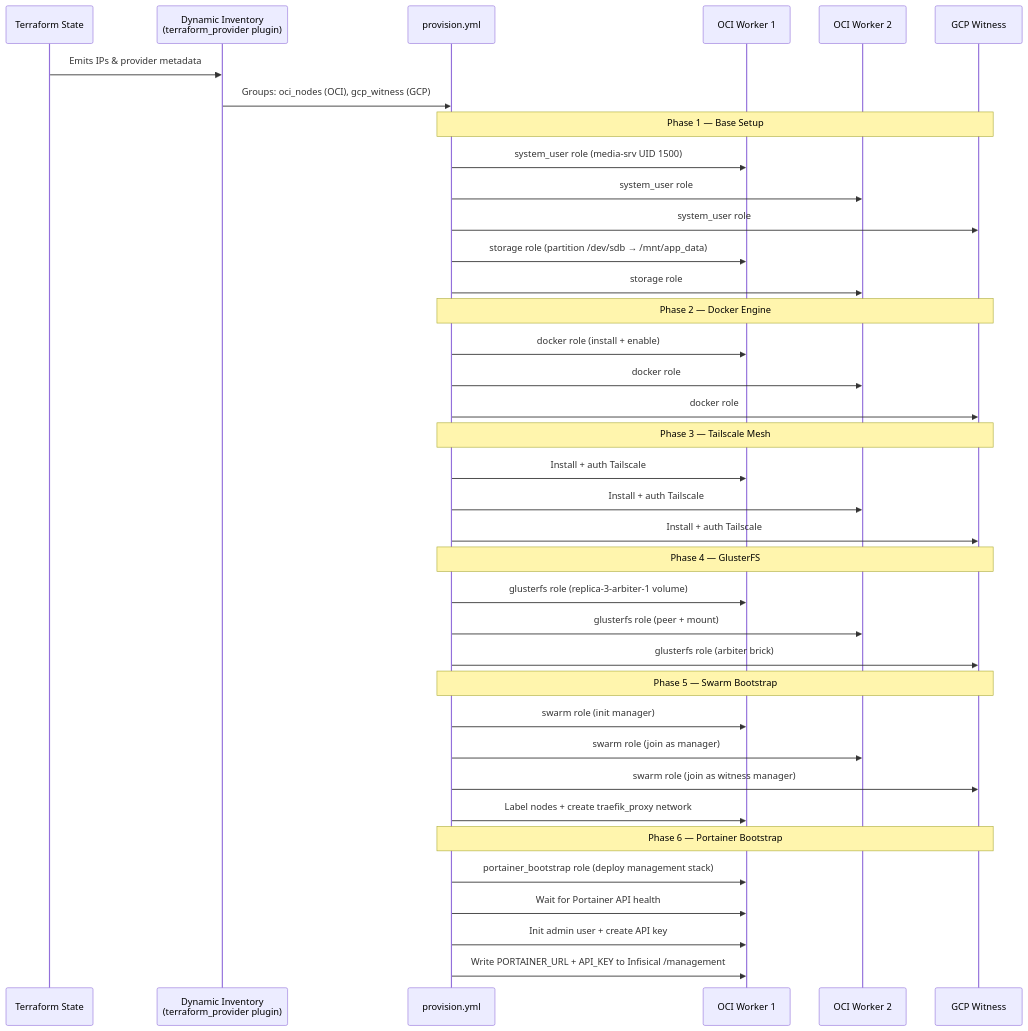
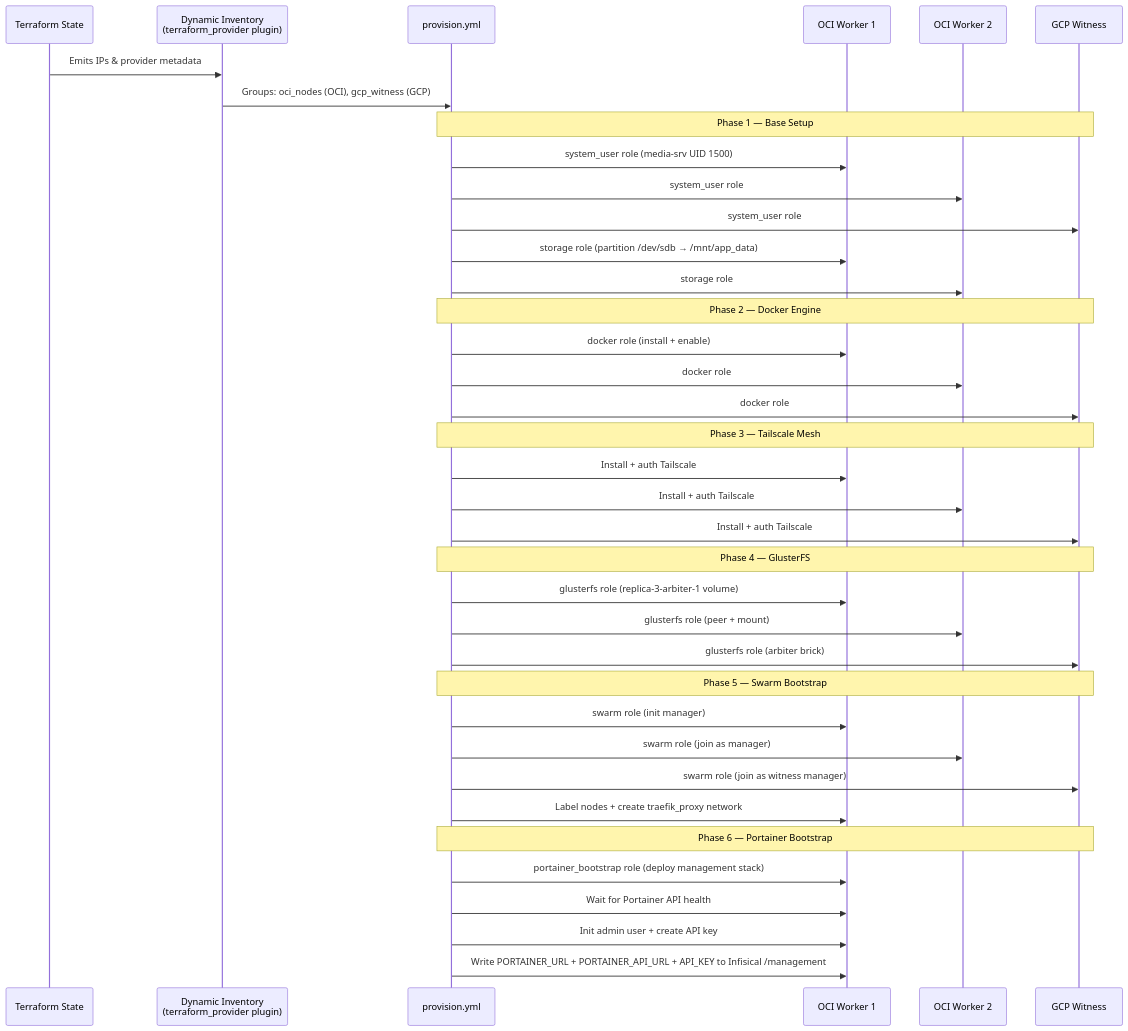
One commit to JoseStud/GoodOldMeServer changed the diagram in docs/ansible.md. Above: the diagram before and after it, drawn with Mermaid. The commit also changed other lines of this file and 32 other files, not shown here.

````diff
--- a/docs/ansible.md
+++ b/docs/ansible.md
@@ -9,46 +9,46 @@
 ```mermaid
 sequenceDiagram
     participant TF as Terraform State
     participant INV as Dynamic Inventory<br/>(terraform_provider plugin)
     participant PB as provision.yml
     participant OCI1 as OCI Worker 1
     participant OCI2 as OCI Worker 2
     participant GCP as GCP Witness
 
     TF->>INV: Emits IPs & provider metadata
     INV->>PB: Groups: oci_nodes (OCI), gcp_witness (GCP)
 
     Note over PB,GCP: Phase 1 — Base Setup
     PB->>OCI1: system_user role (media-srv UID 1500)
     PB->>OCI2: system_user role
     PB->>GCP: system_user role
     PB->>OCI1: storage role (partition /dev/sdb → /mnt/app_data)
     PB->>OCI2: storage role
 
     Note over PB,GCP: Phase 2 — Docker Engine
     PB->>OCI1: docker role (install + enable)
     PB->>OCI2: docker role
     PB->>GCP: docker role
 
     Note over PB,GCP: Phase 3 — Tailscale Mesh
     PB->>OCI1: Install + auth Tailscale
     PB->>OCI2: Install + auth Tailscale
     PB->>GCP: Install + auth Tailscale
 
     Note over PB,GCP: Phase 4 — GlusterFS
     PB->>OCI1: glusterfs role (replica-3-arbiter-1 volume)
     PB->>OCI2: glusterfs role (peer + mount)
     PB->>GCP: glusterfs role (arbiter brick)
 
     Note over PB,GCP: Phase 5 — Swarm Bootstrap
     PB->>OCI1: swarm role (init manager)
     PB->>OCI2: swarm role (join as manager)
     PB->>GCP: swarm role (join as witness manager)
     PB->>OCI1: Label nodes + create traefik_proxy network
 
     Note over PB,GCP: Phase 6 — Portainer Bootstrap
     PB->>OCI1: portainer_bootstrap role (deploy management stack)
     PB->>OCI1: Wait for Portainer API health
     PB->>OCI1: Init admin user + create API key
-    PB->>OCI1: Write PORTAINER_URL + API_KEY to Infisical /management
+    PB->>OCI1: Write PORTAINER_URL + PORTAINER_API_URL + API_KEY to Infisical /management
 ```
````
